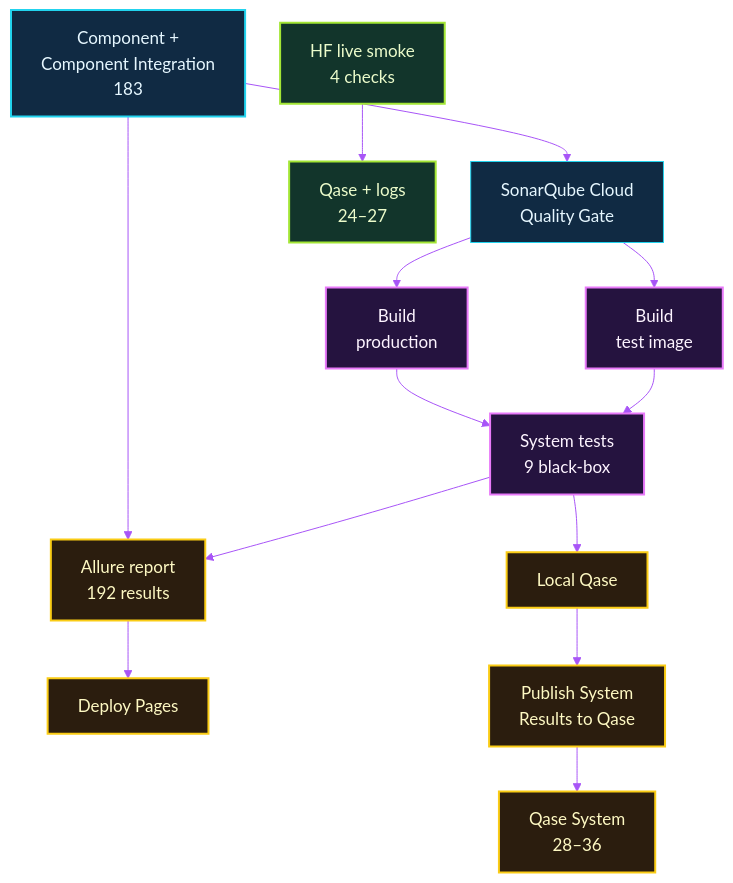
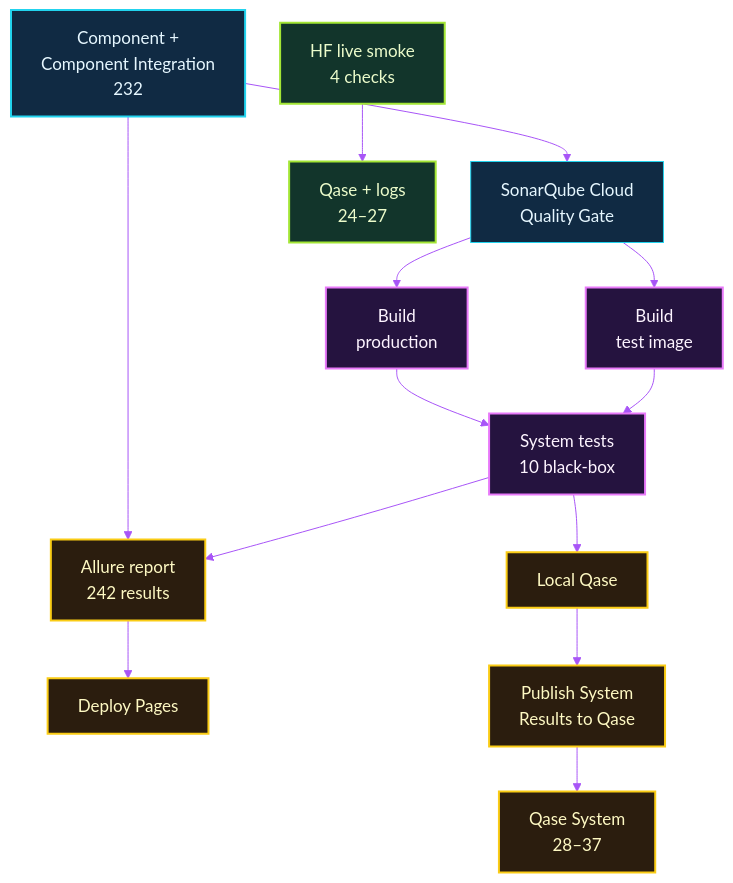
The third of 3 diagrams in docs/TESTING.md (michalmarczuk/event-agent), drawn with Mermaid before and after one commit. The commit also changed other lines of this file and 5 other files, not shown here.

Commit message:
Document multi-source event discovery architecture

````diff
--- a/docs/TESTING.md
+++ b/docs/TESTING.md
@@ -128,27 +130,27 @@
 ```mermaid
 %%{init: {'theme': 'base', 'themeVariables': {'background': '#07111f', 'primaryColor': '#102a43', 'primaryTextColor': '#e6f7ff', 'primaryBorderColor': '#22d3ee', 'secondaryColor': '#25133f', 'tertiaryColor': '#12352b', 'lineColor': '#a855f7', 'fontFamily': 'ui-sans-serif, system-ui', 'fontSize': '17px'}, 'flowchart': {'nodeSpacing': 35, 'rankSpacing': 45}}}%%
 flowchart TB
-    component["Component +<br/>Component Integration<br/>183"] --> sonar["SonarQube Cloud<br/>Quality Gate"]
+    component["Component +<br/>Component Integration<br/>232"] --> sonar["SonarQube Cloud<br/>Quality Gate"]
     sonar --> production["Build<br/>production"]
     sonar --> test_image["Build<br/>test image"]
-    production --> system["System tests<br/>9 black-box"]
+    production --> system["System tests<br/>10 black-box"]
     test_image --> system
-    component --> allure["Allure report<br/>192 results"]
+    component --> allure["Allure report<br/>242 results"]
     system --> allure
     allure --> pages["Deploy Pages"]
 
     system --> local["Local Qase"]
     local --> publish["Publish System<br/>Results to Qase"]
-    publish --> qase["Qase System<br/>28–36"]
+    publish --> qase["Qase System<br/>28–37"]
 
     hf["HF live smoke<br/>4 checks"] --> qase_live["Qase + logs<br/>24–27"]
 
     classDef ci fill:#102a43,stroke:#22d3ee,color:#e6f7ff,stroke-width:2px;
     classDef image fill:#25133f,stroke:#e879f9,color:#fdf4ff,stroke-width:2px;
     classDef report fill:#2b1d0e,stroke:#facc15,color:#fef9c3,stroke-width:2px;
     classDef live fill:#12352b,stroke:#a3e635,color:#ecfccb,stroke-width:2px;
     class component ci;
     class production,test_image,system image;
     class allure,pages,local,publish,qase report;
     class hf,qase_live live;
 ```
````
